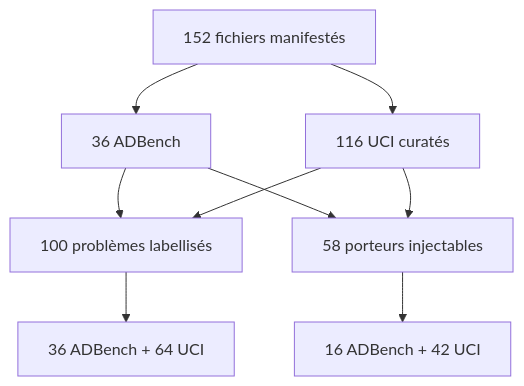
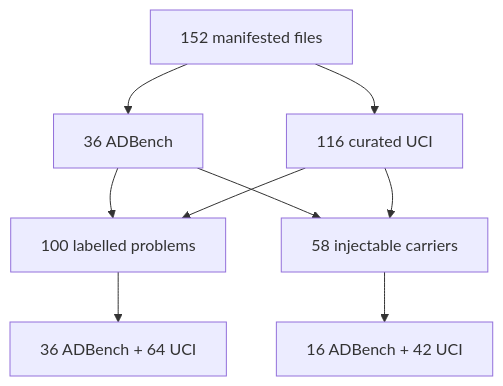
Before and after one commit to theobigand/etl-anomaly-benchmark: the diagram in docs/thesis-remediation/DATASET_INVENTORY_AUDIT_2026-11-07.md, drawn with Mermaid. The commit also changed other lines of this file and 5 other files, not shown here.

````diff
--- a/docs/thesis-remediation/DATASET_INVENTORY_AUDIT_2026-11-07.md
+++ b/docs/thesis-remediation/DATASET_INVENTORY_AUDIT_2026-11-07.md
@@ -19,11 +18,11 @@
 ```mermaid
 flowchart TD
-  A[152 fichiers manifestés] --> B[36 ADBench]
-  A --> C[116 UCI curatés]
-  B --> D[100 problèmes labellisés]
+  A[152 manifested files] --> B[36 ADBench]
+  A --> C[116 curated UCI]
+  B --> D[100 labelled problems]
   C --> D
-  B --> E[58 porteurs injectables]
+  B --> E[58 injectable carriers]
   C --> E
   D --> F[36 ADBench + 64 UCI]
   E --> G[16 ADBench + 42 UCI]
 ```
````
